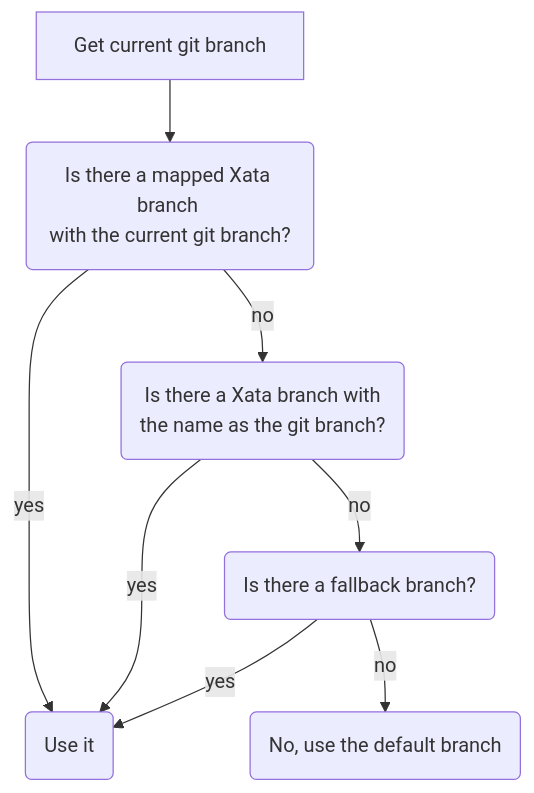
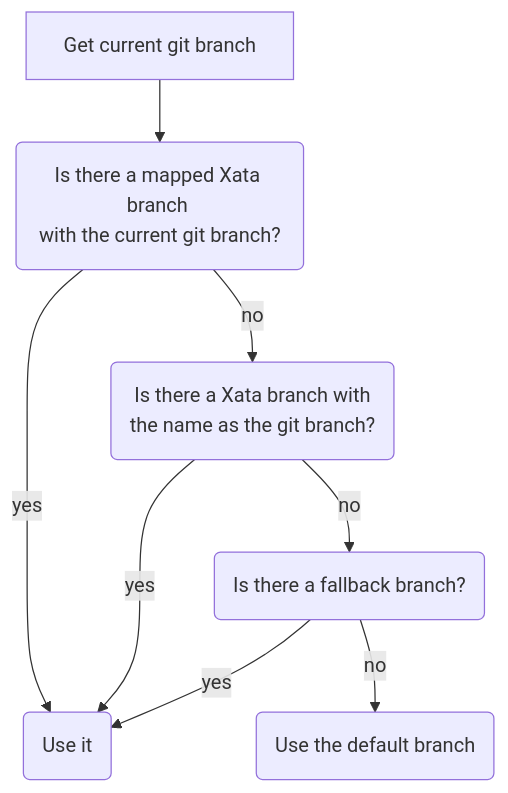
One commit to xataio/client-ts changed the diagram in cli/README.md. Above: the diagram before and after it, drawn with Mermaid.

Commit message:
Minor graph change

````diff
--- a/cli/README.md
+++ b/cli/README.md
@@ -54,10 +54,10 @@
 ```mermaid
 graph TD
     A[Get current git branch] -->B(Is there a mapped Xata branch <br>with the current git branch?)
     B --> |yes| C(Use it)
     B --> |no| E(Is there a Xata branch with <br>the name as the git branch?)
     E --> |yes| C
     E --> |no| G(Is there a fallback branch?)
     G --> |yes| C
-    G --> |no| I(No, use the default branch)
+    G --> |no| I(Use the default branch)
 ```
````
